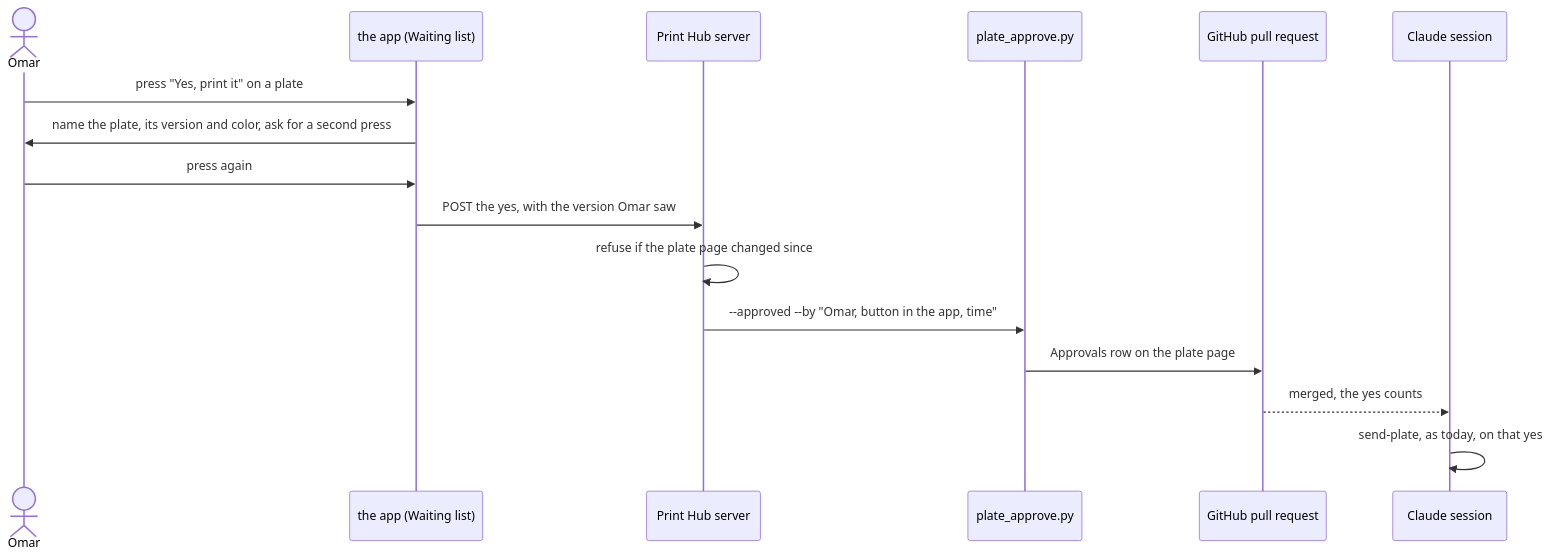
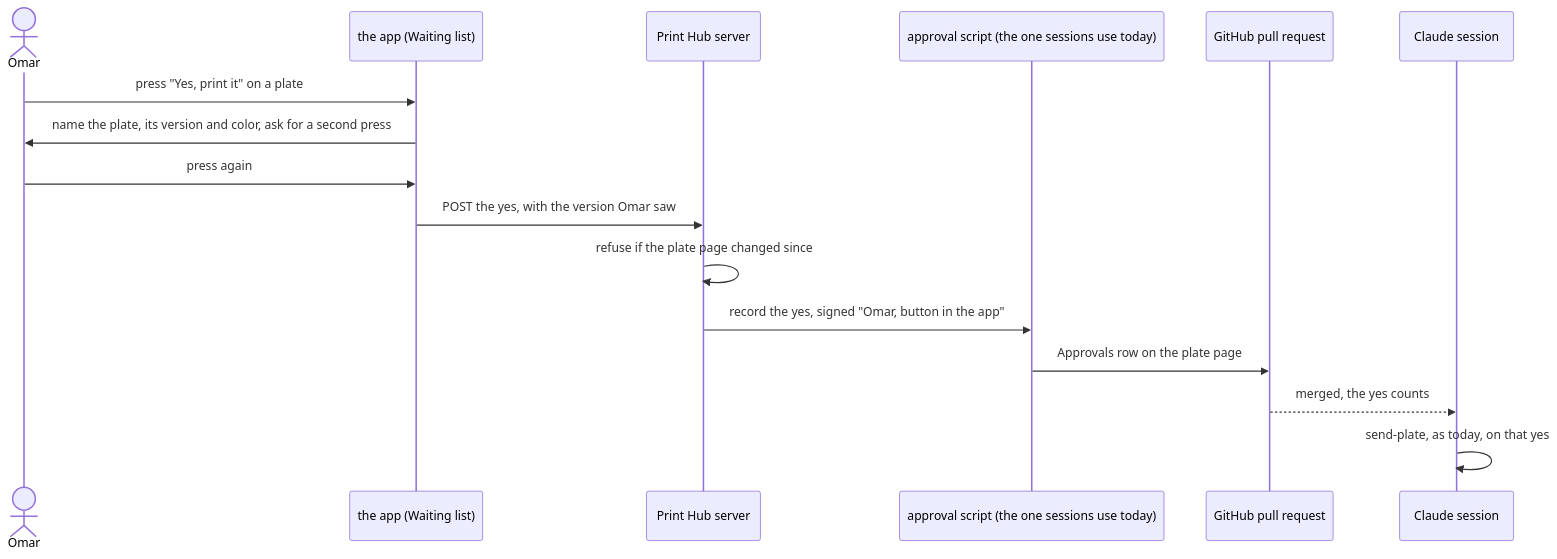
One commit to omars-lab/3d-models changed the ninth of 11 diagrams in docs/design/process/users-and-surfaces-design.md. Above: the diagram before and after it, drawn with Mermaid. The commit also changed other lines of this file and 1 other file, not shown here.

````diff
--- a/docs/design/process/users-and-surfaces-design.md
+++ b/docs/design/process/users-and-surfaces-design.md
@@ -546,19 +551,19 @@
 ```mermaid
 sequenceDiagram
   actor O as Omar
   participant A as the app (Waiting list)
   participant S as Print Hub server
-  participant G as plate_approve.py
+  participant G as approval script (the one sessions use today)
   participant R as GitHub pull request
   participant CS as Claude session
 
   O->>A: press "Yes, print it" on a plate
   A->>O: name the plate, its version and color, ask for a second press
   O->>A: press again
   A->>S: POST the yes, with the version Omar saw
   S->>S: refuse if the plate page changed since
-  S->>G: --approved --by "Omar, button in the app, time"
+  S->>G: record the yes, signed "Omar, button in the app"
   G->>R: Approvals row on the plate page
   R-->>CS: merged, the yes counts
   CS->>CS: send-plate, as today, on that yes
 ```
````
